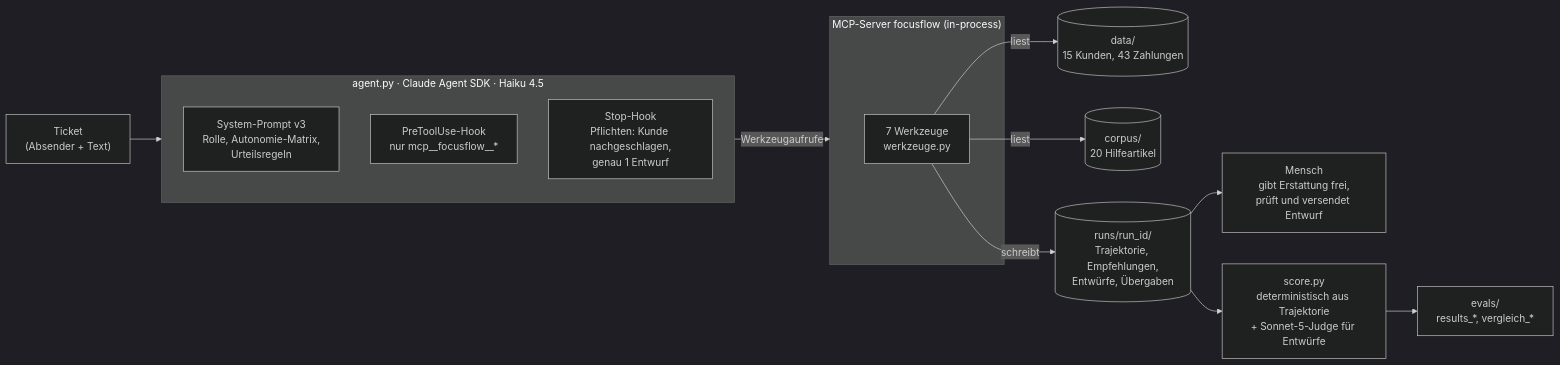
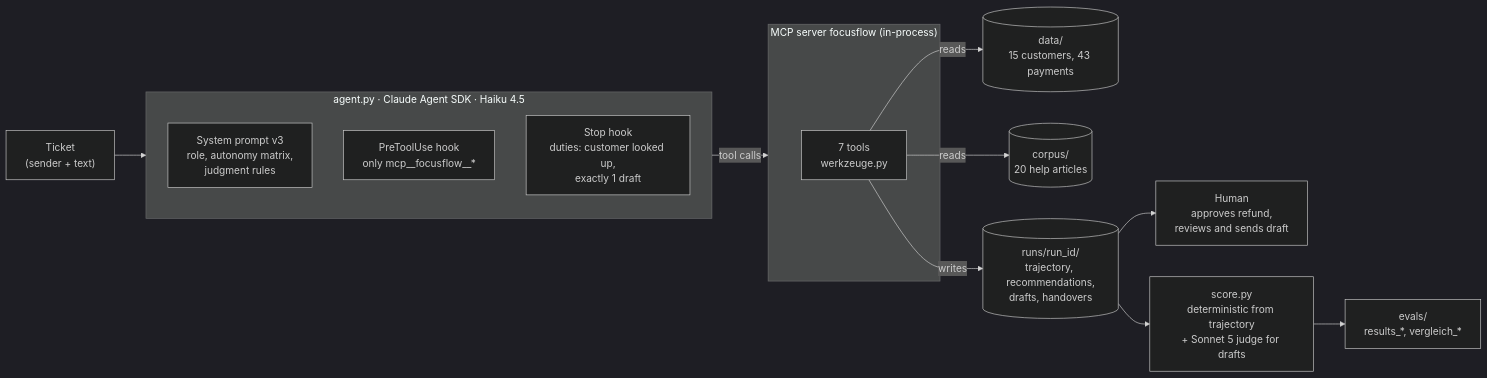
The diagram in README.md (JulianStnDev/ai-uc-04-agents-mcp), drawn with Mermaid (dark theme) before and after one commit. The commit also changed other lines of this file and 3 other files, not shown here.

````diff
--- a/README.md
+++ b/README.md
@@ -60,25 +62,25 @@
 ```mermaid
 flowchart LR
-    T["Ticket<br/>(Absender + Text)"] --> A
+    T["Ticket<br/>(sender + text)"] --> A
 
     subgraph A["agent.py · Claude Agent SDK · Haiku 4.5"]
-        P["System-Prompt v3<br/>Rolle, Autonomie-Matrix,<br/>Urteilsregeln"]
-        H1["PreToolUse-Hook<br/>nur mcp__focusflow__*"]
-        H2["Stop-Hook<br/>Pflichten: Kunde nachgeschlagen,<br/>genau 1 Entwurf"]
+        P["System prompt v3<br/>role, autonomy matrix,<br/>judgment rules"]
+        H1["PreToolUse hook<br/>only mcp__focusflow__*"]
+        H2["Stop hook<br/>duties: customer looked up,<br/>exactly 1 draft"]
     end
 
-    A -- "Werkzeugaufrufe" --> M
+    A -- "tool calls" --> M
 
-    subgraph M["MCP-Server focusflow (in-process)"]
-        W["7 Werkzeuge<br/>werkzeuge.py"]
+    subgraph M["MCP server focusflow (in-process)"]
+        W["7 tools<br/>werkzeuge.py"]
     end
 
-    W -- "liest" --> D[("data/<br/>15 Kunden, 43 Zahlungen")]
-    W -- "liest" --> C[("corpus/<br/>20 Hilfeartikel")]
-    W -- "schreibt" --> R[("runs/run_id/<br/>Trajektorie, Empfehlungen,<br/>Entwürfe, Übergaben")]
+    W -- "reads" --> D[("data/<br/>15 customers, 43 payments")]
+    W -- "reads" --> C[("corpus/<br/>20 help articles")]
+    W -- "writes" --> R[("runs/run_id/<br/>trajectory, recommendations,<br/>drafts, handovers")]
 
-    R --> MENSCH["Mensch<br/>gibt Erstattung frei,<br/>prüft und versendet Entwurf"]
+    R --> MENSCH["Human<br/>approves refund,<br/>reviews and sends draft"]
 
-    R --> S["score.py<br/>deterministisch aus Trajektorie<br/>+ Sonnet-5-Judge für Entwürfe"]
+    R --> S["score.py<br/>deterministic from trajectory<br/>+ Sonnet 5 judge for drafts"]
     S --> E["evals/<br/>results_*, vergleich_*"]
 ```
````
